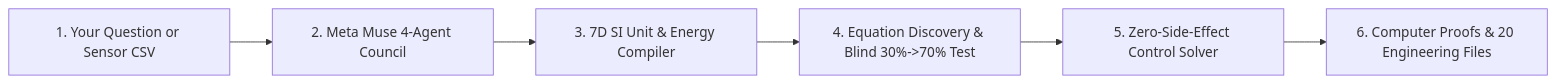
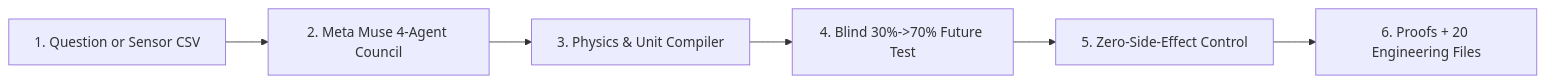
The diagram in README.md (bradharris4523-beep/Cortivra), drawn with Mermaid before and after one commit. The commit also changed other lines of this file, not shown here.

````diff
--- a/README.md
+++ b/README.md
@@ -31,8 +45,8 @@
 ```mermaid
 flowchart LR
-    A["1. Your Question or Sensor CSV"] --> B["2. Meta Muse 4-Agent Council"]
-    B --> C["3. 7D SI Unit & Energy Compiler"]
-    C --> D["4. Equation Discovery & Blind 30%->70% Test"]
-    D --> E["5. Zero-Side-Effect Control Solver"]
-    E --> F["6. Computer Proofs & 20 Engineering Files"]
+    A["1. Question or Sensor CSV"] --> B["2. Meta Muse 4-Agent Council"]
+    B --> C["3. Physics & Unit Compiler"]
+    C --> D["4. Blind 30%->70% Future Test"]
+    D --> E["5. Zero-Side-Effect Control"]
+    E --> F["6. Proofs + 20 Engineering Files"]
 ```
````
